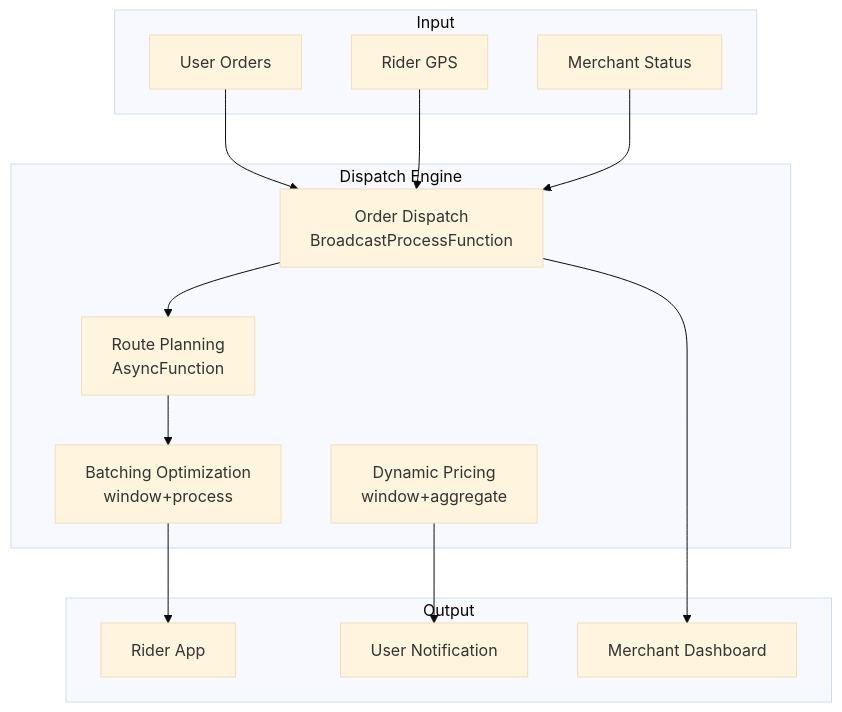
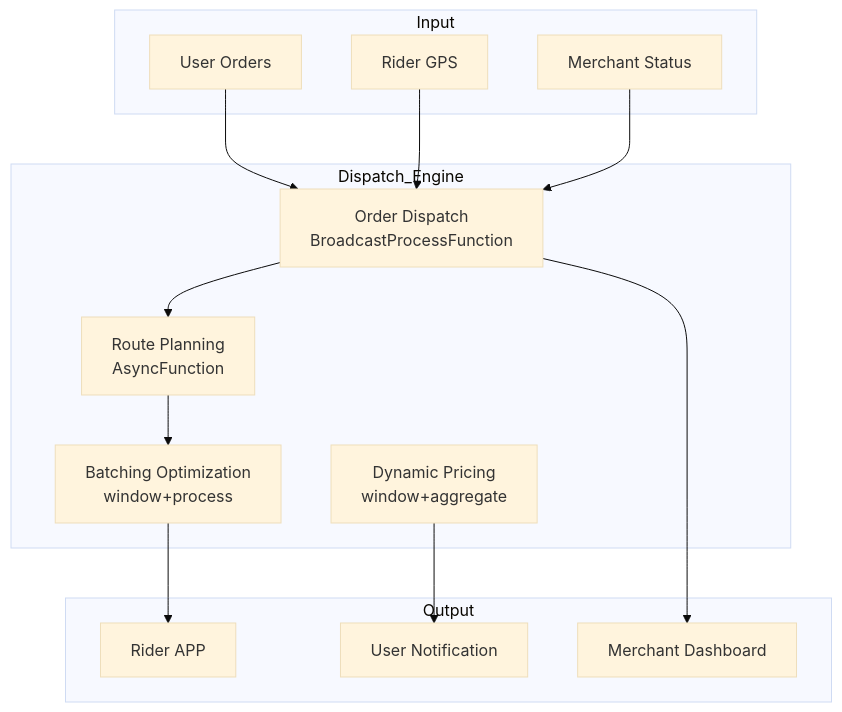
Before and after one commit to AdaMartin18010/AnalysisDataFlow: the diagram in en/realtime-food-delivery-case-study.md, drawn with Mermaid (base theme). The commit also changed other lines of this file and 37 other files, not shown here.

````diff
--- a/en/realtime-food-delivery-case-study.md
+++ b/en/realtime-food-delivery-case-study.md
@@ -370,27 +372,27 @@
 ```mermaid
 graph TB
     subgraph Input
         I1[User Orders]
         I2[Rider GPS]
         I3[Merchant Status]
     end
 
-    subgraph Dispatch Engine
+    subgraph Dispatch_Engine
         S1[Order Dispatch<br/>BroadcastProcessFunction]
         S2[Route Planning<br/>AsyncFunction]
         S3[Batching Optimization<br/>window+process]
         S4[Dynamic Pricing<br/>window+aggregate]
     end
 
     subgraph Output
-        O1[Rider App]
+        O1[Rider APP]
         O2[User Notification]
         O3[Merchant Dashboard]
     end
 
     I1 --> S1 --> S2 --> S3 --> O1
     I2 --> S1
     I3 --> S1
     S4 --> O2
     S1 --> O3
 ```
````
